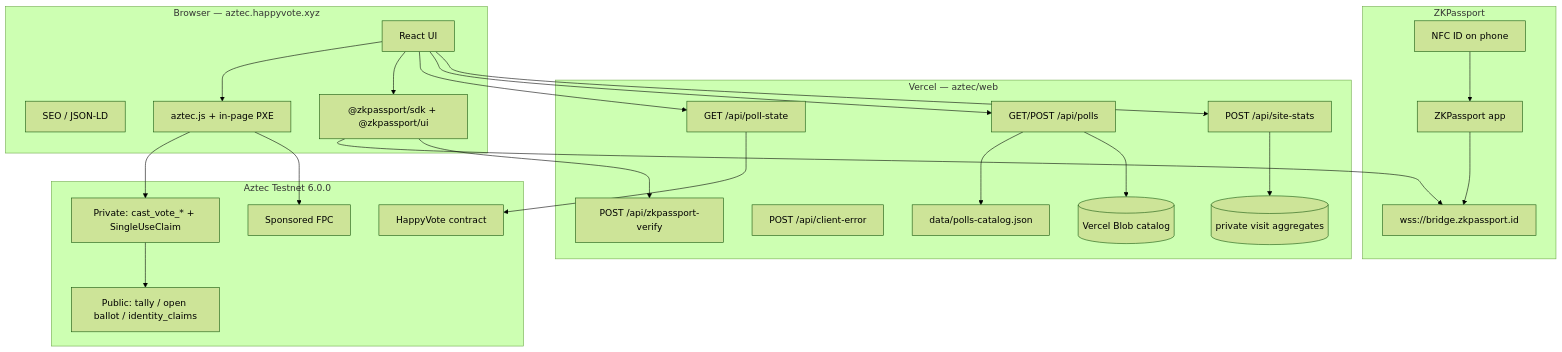
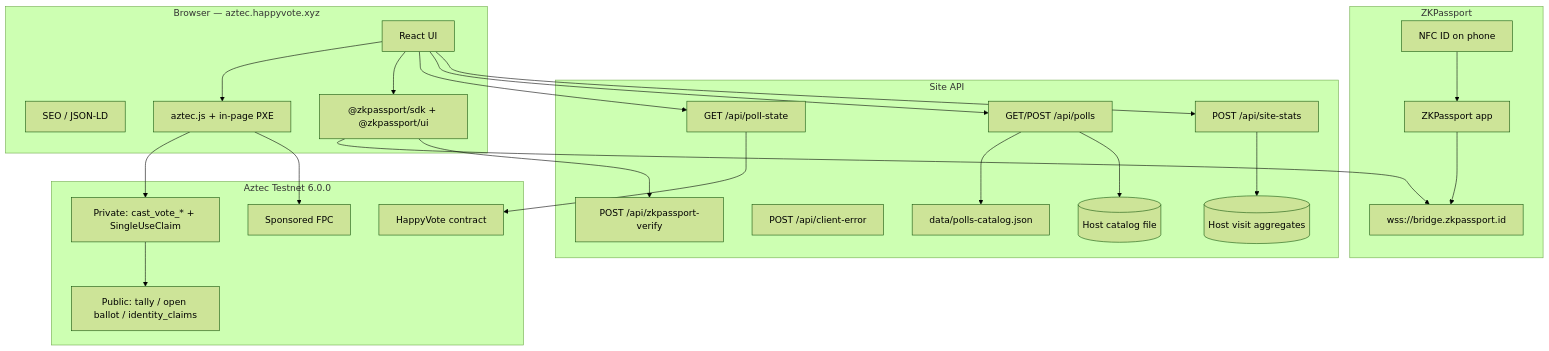
Before and after one commit to pittpv/happy-vote-aztec: the first of 2 diagrams in docs/en/02-ARCHITECTURE.md, drawn with Mermaid (forest theme). The commit also changed other lines of this file and 13 other files, not shown here.

Commit message:
Describe the HappyVote host, catalog file, and on-host visit country.

````diff
--- a/docs/en/02-ARCHITECTURE.md
+++ b/docs/en/02-ARCHITECTURE.md
@@ -7,50 +7,50 @@
 ```mermaid
 flowchart TB
   subgraph Client["Browser — aztec.happyvote.xyz"]
     UI[React UI]
     SEO[SEO / JSON-LD]
     AZJS[aztec.js + in-page PXE]
     ZKP["@zkpassport/sdk + @zkpassport/ui"]
   end
 
-  subgraph Edge["Vercel — aztec/web"]
+  subgraph Edge["Site API"]
     PollState["GET /api/poll-state"]
     PollsAPI["GET/POST /api/polls"]
     ZkAPI["POST /api/zkpassport-verify"]
     ErrAPI["POST /api/client-error"]
     StatsAPI["POST /api/site-stats"]
-    Blob[(Vercel Blob catalog)]
-    StatsBlob[(private visit aggregates)]
+    Blob[(Host catalog file)]
+    StatsBlob[(Host visit aggregates)]
     Seed[data/polls-catalog.json]
   end
 
   subgraph Identity["ZKPassport"]
     Phone[NFC ID on phone]
     ZKPApp[ZKPassport app]
     Bridge[wss://bridge.zkpassport.id]
   end
 
   subgraph AztecL2["Aztec Testnet 6.0.0"]
     HV[HappyVote contract]
     PrivateExec["Private: cast_vote_* + SingleUseClaim"]
     PublicExec["Public: tally / open ballot / identity_claims"]
     FPC[Sponsored FPC]
   end
 
   UI --> AZJS
   UI --> ZKP
   UI --> PollState
   UI --> PollsAPI
   UI --> StatsAPI
   ZKP --> Bridge
   Phone --> ZKPApp
   ZKPApp --> Bridge
   ZKP --> ZkAPI
   PollsAPI --> Seed
   PollsAPI --> Blob
   StatsAPI --> StatsBlob
   AZJS --> PrivateExec
   PrivateExec --> PublicExec
   AZJS --> FPC
   PollState --> HV
 ```
````
